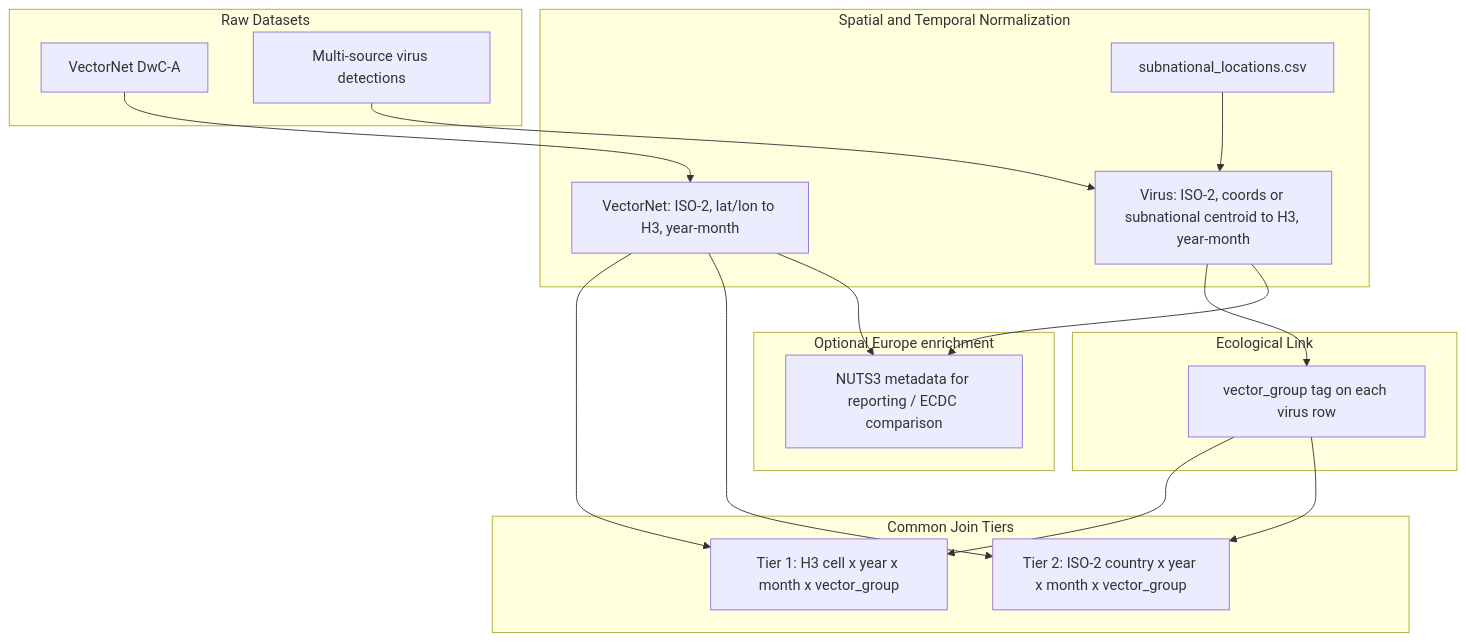
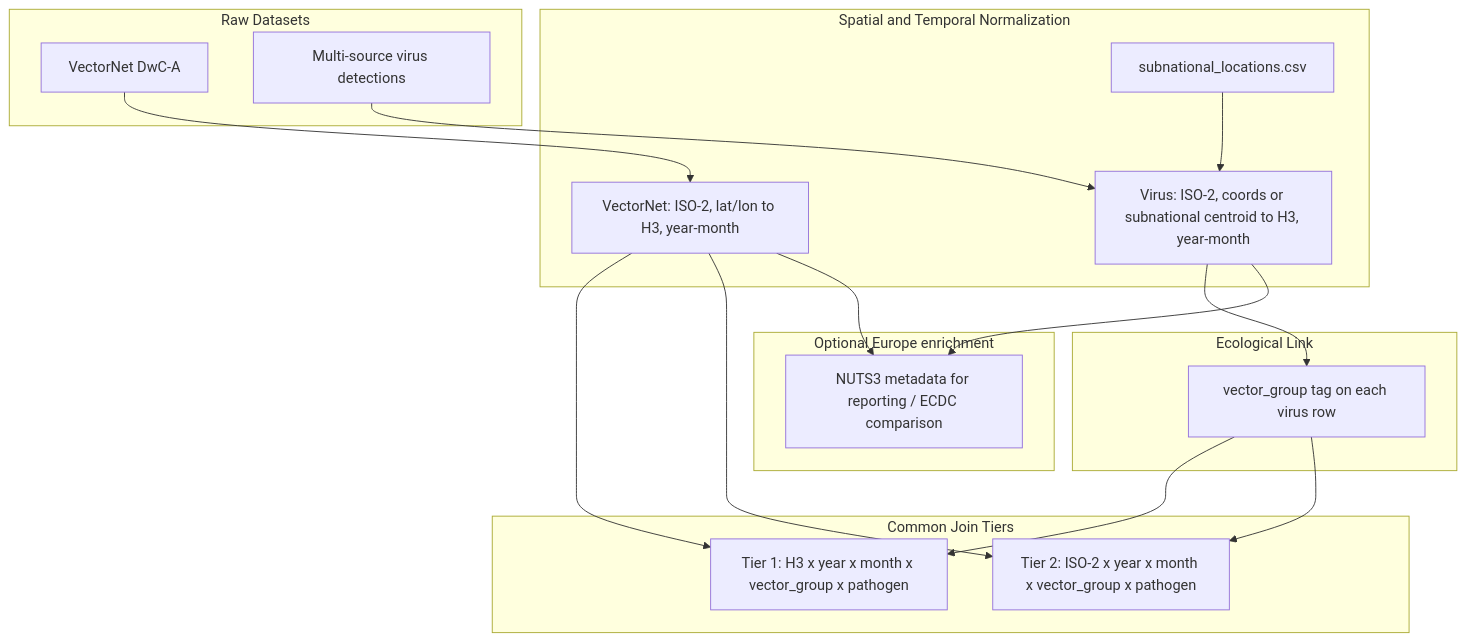
One commit to GustavoRusso/vector-guard changed the diagram in specs/03-spatial-temporal-matching-strategy.md. Above: the diagram before and after it, drawn with Mermaid. The commit also changed other lines of this file and 1 other file, not shown here.

Commit message:
Update specs 03/04 for pathogen-long B2 grain, pathogen-specific labels, priority taxa reference, new panel column contract

````diff
--- a/specs/03-spatial-temporal-matching-strategy.md
+++ b/specs/03-spatial-temporal-matching-strategy.md
@@ -31,37 +31,37 @@
 ```mermaid
 flowchart TD
   subgraph sources [Raw Datasets]
     vn["VectorNet DwC-A"]
     virusRaw["Multi-source virus detections"]
   end
 
   subgraph norm [Spatial and Temporal Normalization]
     vnNorm["VectorNet: ISO-2, lat/lon to H3, year-month"]
     virusNorm["Virus: ISO-2, coords or subnational centroid to H3, year-month"]
     subLookup["subnational_locations.csv"]
   end
 
   subgraph eco [Ecological Link]
     vg["vector_group tag on each virus row"]
   end
 
   subgraph joinUnit [Common Join Tiers]
-    tier1["Tier 1: H3 cell x year x month x vector_group"]
-    tier2["Tier 2: ISO-2 country x year x month x vector_group"]
+    tier1["Tier 1: H3 x year x month x vector_group x pathogen"]
+    tier2["Tier 2: ISO-2 x year x month x vector_group x pathogen"]
   end
 
   subgraph optional [Optional Europe enrichment]
     nuts["NUTS3 metadata for reporting / ECDC comparison"]
   end
 
   vn --> vnNorm
   virusRaw --> virusNorm
   subLookup --> virusNorm
   virusNorm --> vg
   vnNorm --> tier1
   vg --> tier1
   vnNorm --> tier2
   vg --> tier2
   vnNorm --> nuts
   virusNorm --> nuts
 ```
````
